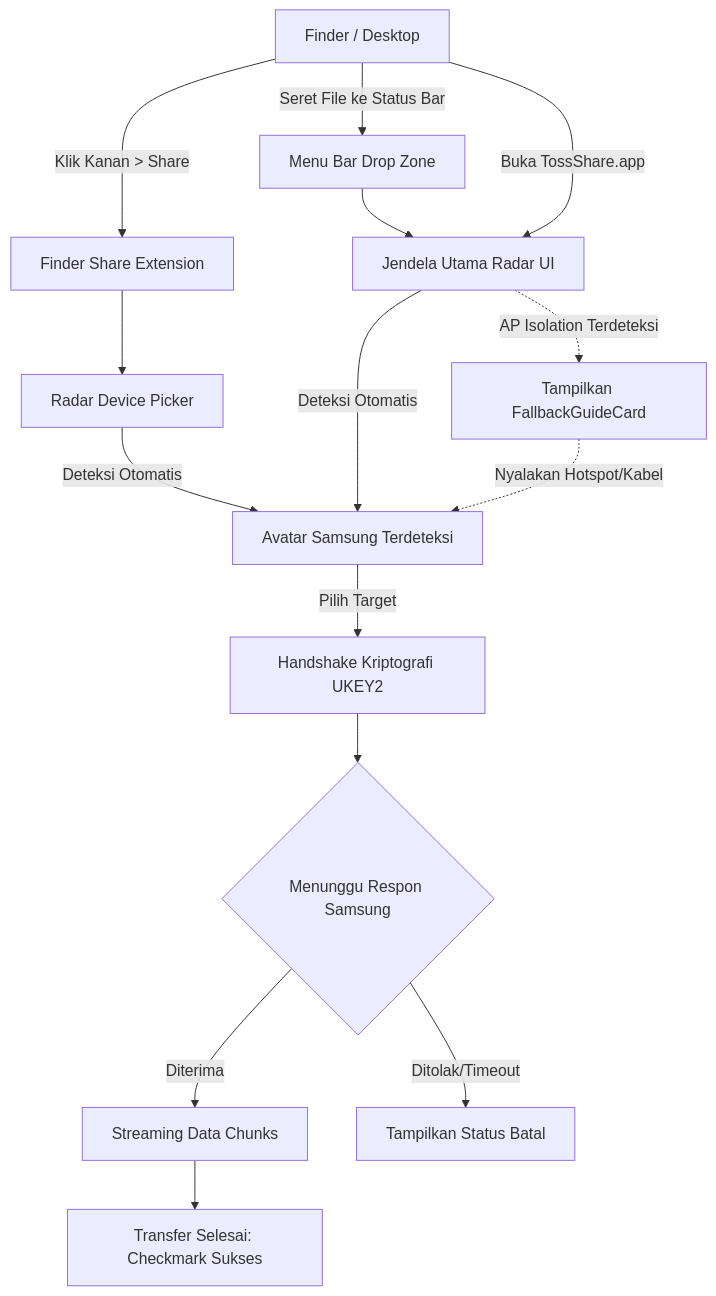
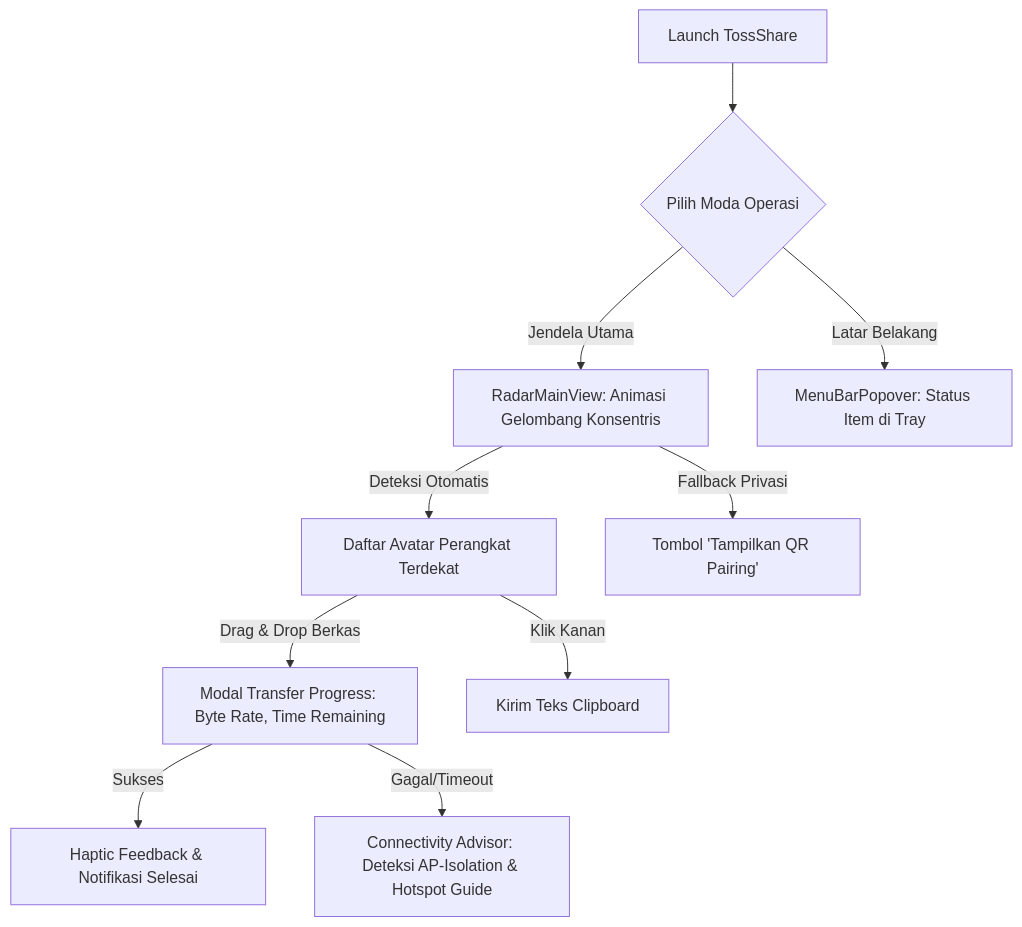
Before and after one commit to moonetics/TossShare: the first of 2 diagrams in docs/PRD.md, drawn with Mermaid. The commit also changed other lines of this file and 38 other files, not shown here.

First line of the commit message:
feat: implement TossShare v2.0 with Quick Share wire protocol, multi-file batching, and interactive notifications

````diff
--- a/docs/PRD.md
+++ b/docs/PRD.md
@@ -123,22 +133,15 @@
 ```mermaid
 graph TD
-    A[Finder / Desktop] -->|Klik Kanan > Share| B[Finder Share Extension]
-    A -->|Seret File ke Status Bar| C[Menu Bar Drop Zone]
-    A -->|Buka TossShare.app| D[Jendela Utama Radar UI]
+    A[Launch TossShare] --> B{Pilih Moda Operasi}
+    B -->|Jendela Utama| C[RadarMainView: Animasi Gelombang Konsentris]
+    B -->|Latar Belakang| D[MenuBarPopover: Status Item di Tray]
     
-    B --> E[Radar Device Picker]
-    C --> D
+    C -->|Deteksi Otomatis| E[Daftar Avatar Perangkat Terdekat]
+    C -->|Fallback Privasi| F[Tombol 'Tampilkan QR Pairing']
     
-    D -->|Deteksi Otomatis| F[Avatar Samsung Terdeteksi]
-    E -->|Deteksi Otomatis| F
+    E -->|Drag & Drop Berkas| G[Modal Transfer Progress: Byte Rate, Time Remaining]
+    E -->|Klik Kanan| H[Kirim Teks Clipboard]
     
-    F -->|Pilih Target| G[Handshake Kriptografi UKEY2]
-    G --> H{Menunggu Respon Samsung}
-    H -->|Diterima| I[Streaming Data Chunks]
-    H -->|Ditolak/Timeout| J[Tampilkan Status Batal]
-    
-    I --> K[Transfer Selesai: Checkmark Sukses]
-    
-    D -.->|AP Isolation Terdeteksi| L[Tampilkan FallbackGuideCard]
-    L -.->|Nyalakan Hotspot/Kabel| F
+    G -->|Sukses| I[Haptic Feedback & Notifikasi Selesai]
+    G -->|Gagal/Timeout| J[Connectivity Advisor: Deteksi AP-Isolation & Hotspot Guide]
 ```
````
